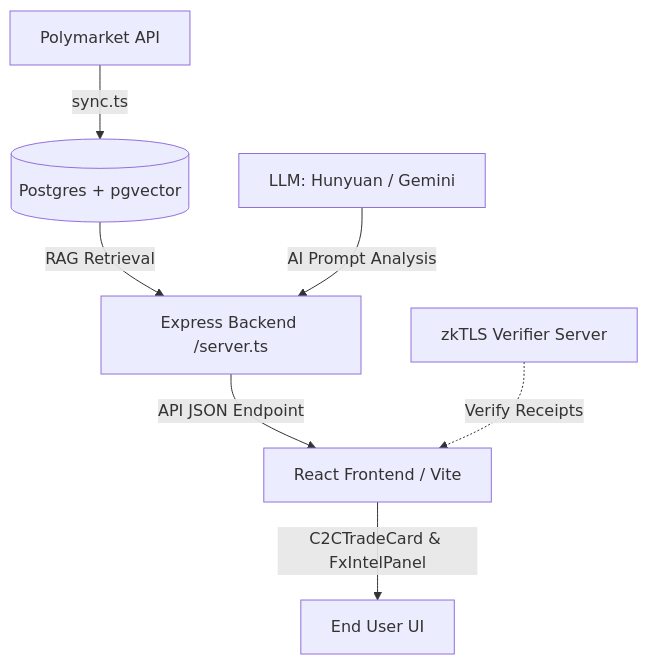
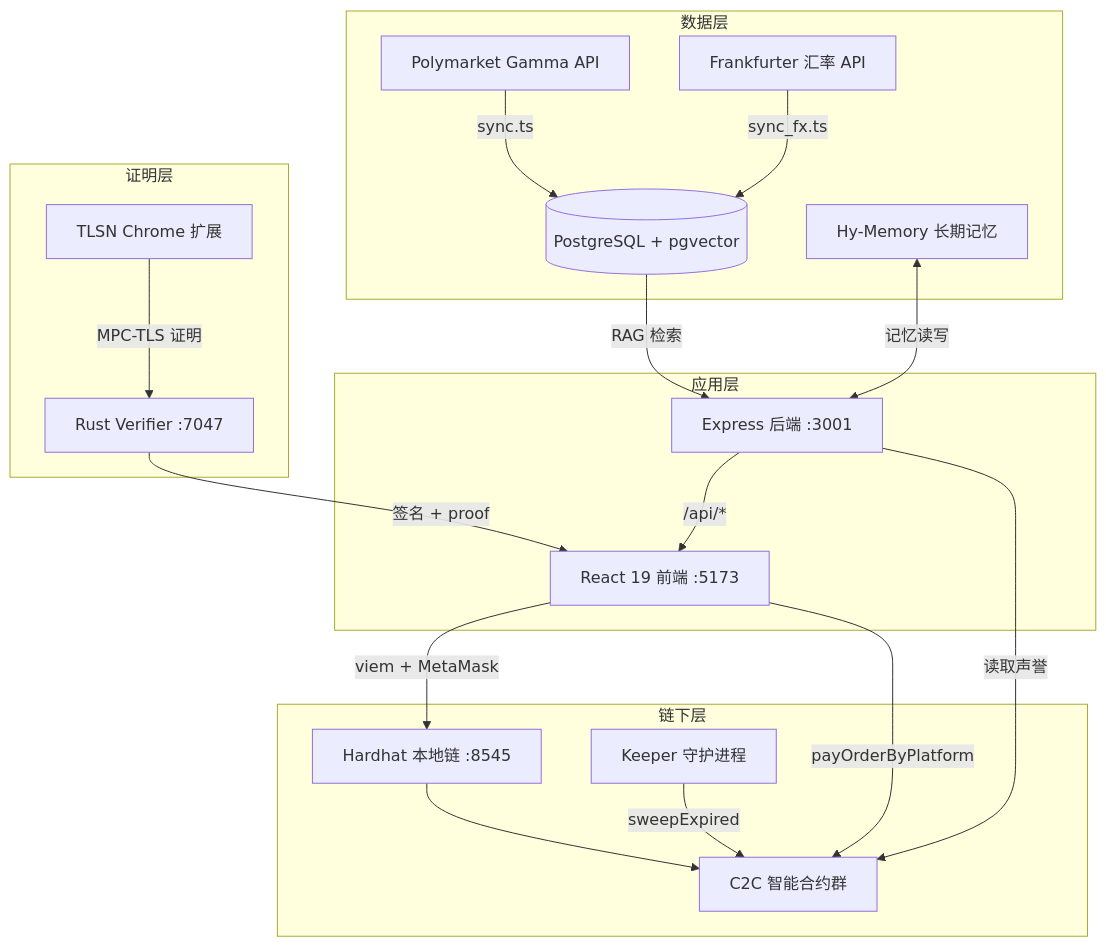
One commit to guoying2026/ETH_Beijing_hackathon changed the diagram in README.md. Above: the diagram before and after it, drawn with Mermaid. The commit also changed other lines of this file, not shown here.

````diff
--- a/README.md
+++ b/README.md
@@ -24,9 +69,38 @@
 ```mermaid
-graph TD
-    A[Polymarket API] -->|sync.ts| B[(Postgres + pgvector)]
-    B -->|RAG Retrieval| C[Express Backend /server.ts]
-    D[LLM: Hunyuan / Gemini] -->|AI Prompt Analysis| C
-    C -->|API JSON Endpoint| E[React Frontend / Vite]
-    E -->|C2CTradeCard & FxIntelPanel| F[End User UI]
-    G[zkTLS Verifier Server] -.->|Verify Receipts| E
+graph TB
+    subgraph 数据层
+        PM[Polymarket Gamma API]
+        FF[Frankfurter 汇率 API]
+        PG[(PostgreSQL + pgvector)]
+        HM[Hy-Memory 长期记忆]
+    end
+
+    subgraph 链下层
+        HH[Hardhat 本地链 :8545]
+        SC[C2C 智能合约群]
+        KV[Keeper 守护进程]
+    end
+
+    subgraph 证明层
+        EXT[TLSN Chrome 扩展]
+        VS[Rust Verifier :7047]
+    end
+
+    subgraph 应用层
+        BE[Express 后端 :3001]
+        FE[React 19 前端 :5173]
+    end
+
+    PM -->|sync.ts| PG
+    FF -->|sync_fx.ts| PG
+    PG -->|RAG 检索| BE
+    HM <-->|记忆读写| BE
+    BE -->|/api/*| FE
+    FE -->|viem + MetaMask| HH
+    HH --> SC
+    EXT -->|MPC-TLS 证明| VS
+    VS -->|签名 + proof| FE
+    FE -->|payOrderByPlatform| SC
+    KV -->|sweepExpired| SC
+    BE -->|读取声誉| SC
 ```
````
